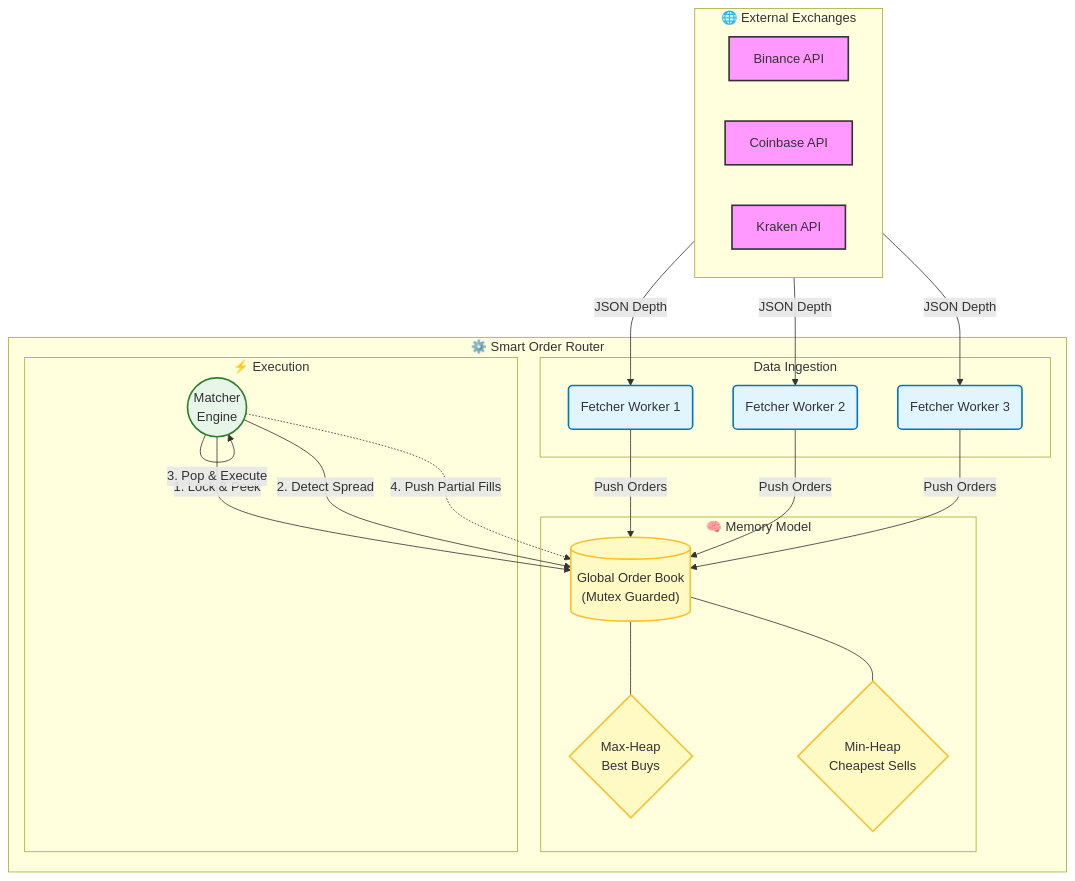
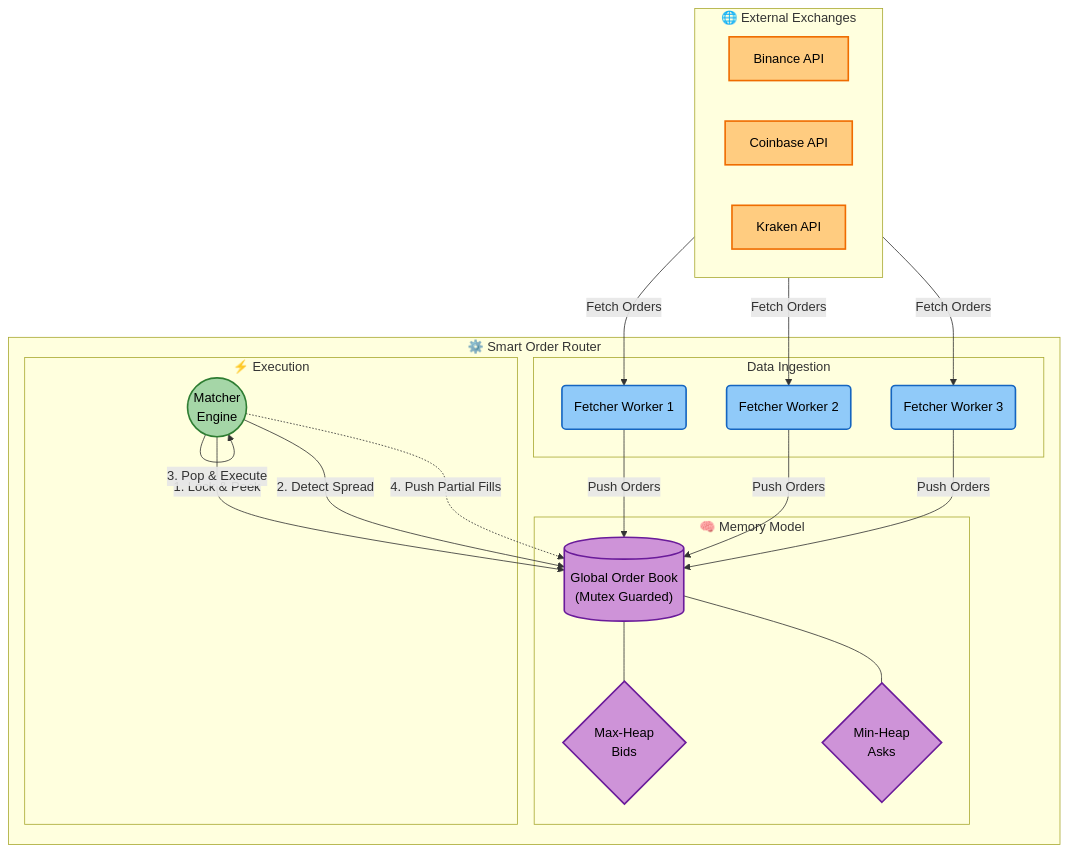
Before and after one commit to koralkulacoglu/smart-order-router: the diagram in README.md, drawn with Mermaid.

Commit message:
docs: update "How It Works" diagram in README

````diff
--- a/README.md
+++ b/README.md
@@ -11,51 +11,51 @@
 ```mermaid
 graph TD
-    %% Styling
-    classDef api fill:#f9f,stroke:#333,stroke-width:2px;
-    classDef internal fill:#e1f5fe,stroke:#0277bd,stroke-width:2px;
-    classDef storage fill:#fff9c4,stroke:#fbc02d,stroke-width:2px;
-    classDef logic fill:#e8f5e9,stroke:#2e7d32,stroke-width:2px;
+    %% Styling - High Contrast
+    classDef api fill:#ffcc80,stroke:#ef6c00,stroke-width:2px,color:#000;
+    classDef internal fill:#90caf9,stroke:#1565c0,stroke-width:2px,color:#000;
+    classDef storage fill:#ce93d8,stroke:#6a1b9a,stroke-width:2px,color:#000;
+    classDef logic fill:#a5d6a7,stroke:#2e7d32,stroke-width:2px,color:#000;
 
     subgraph External [🌐 External Exchanges]
         direction LR
         Binance[Binance API]:::api
         Coinbase[Coinbase API]:::api
         Kraken[Kraken API]:::api
     end
 
     subgraph App [⚙️ Smart Order Router]
 
         subgraph Producers [Data Ingestion]
             F1(Fetcher Worker 1):::internal
             F2(Fetcher Worker 2):::internal
             F3(Fetcher Worker 3):::internal
         end
 
         subgraph Store [🧠 Memory Model]
             GOB[("Global Order Book<br/>(Mutex Guarded)")]:::storage
-            Bids{Max-Heap<br/>Best Buys}:::storage
-            Asks{Min-Heap<br/>Cheapest Sells}:::storage
+            Bids{Max-Heap<br/>Bids}:::storage
+            Asks{Min-Heap<br/>Asks}:::storage
         end
 
         subgraph Consumer [⚡ Execution]
             Matcher((Matcher<br/>Engine)):::logic
         end
     end
 
     %% Connections
-    Binance -->|JSON Depth| F1
-    Coinbase -->|JSON Depth| F2
-    Kraken -->|JSON Depth| F3
+    Binance -->|Fetch Orders| F1
+    Coinbase -->|Fetch Orders| F2
+    Kraken -->|Fetch Orders| F3
 
     F1 -->|Push Orders| GOB
     F2 -->|Push Orders| GOB
     F3 -->|Push Orders| GOB
 
     GOB --- Bids
     GOB --- Asks
 
     Matcher -->|1. Lock & Peek| GOB
     Matcher -->|2. Detect Spread| GOB
     Matcher -->|3. Pop & Execute| Matcher
     Matcher -.->|4. Push Partial Fills| GOB
 ```
````
